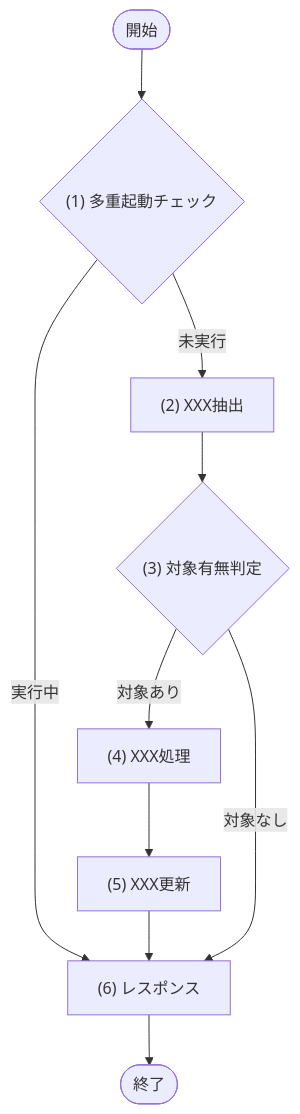
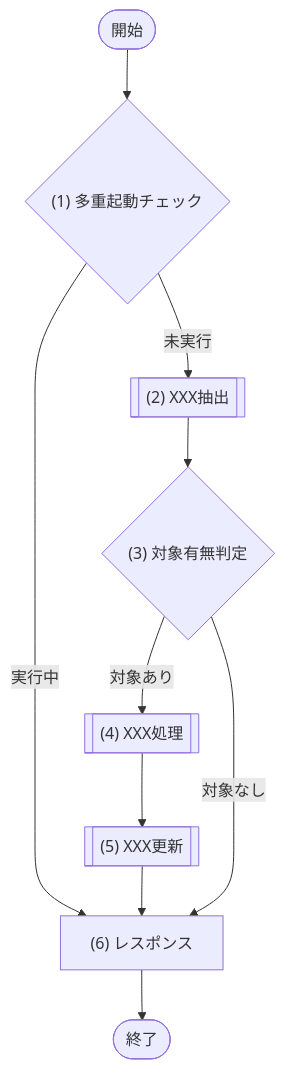
The diagram in template/03_機能設計/04_JOB設計/テンプレート_ジョブ.md (sikakou54/system-document-template), drawn with Mermaid before and after one commit. The commit also changed other lines of this file and 28 other files, not shown here.

````diff
--- a/template/03_機能設計/04_JOB設計/テンプレート_ジョブ.md
+++ b/template/03_機能設計/04_JOB設計/テンプレート_ジョブ.md
@@ -97,17 +99,17 @@
 ```mermaid
 flowchart TD
   Start([開始])
   L{"(1) 多重起動チェック"}
-  P1["(2) XXX抽出"]
+  P1[["(2) XXX抽出"]]
   D1{"(3) 対象有無判定"}
-  P2["(4) XXX処理"]
-  P3["(5) XXX更新"]
+  P2[["(4) XXX処理"]]
+  P3[["(5) XXX更新"]]
   P4["(6) レスポンス"]
   End([終了])
 
   Start --> L
   L -- "実行中" --> P4 --> End
   L -- "未実行" --> P1 --> D1
   D1 -- "対象あり" --> P2 --> P3 --> P4
   D1 -- "対象なし" --> P4
 ```
````
